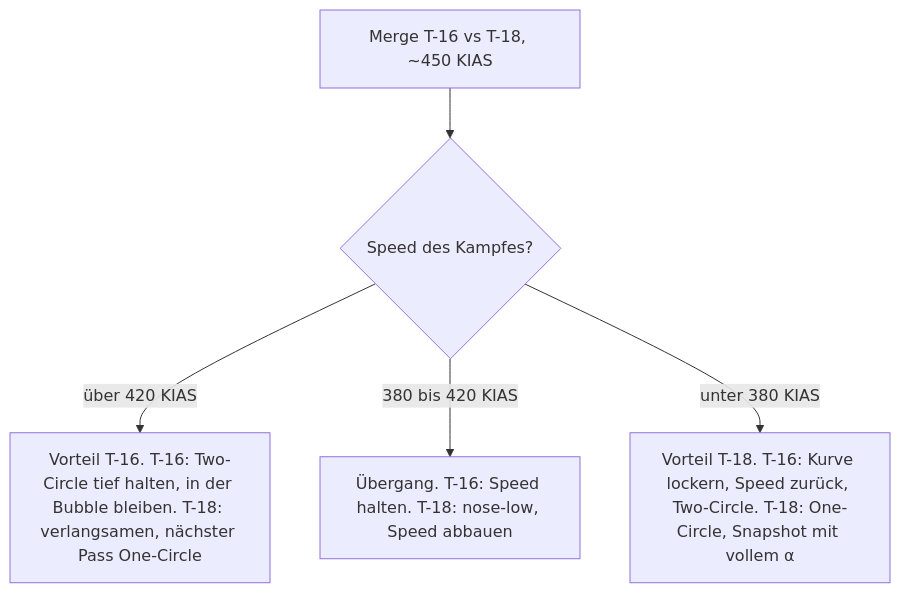
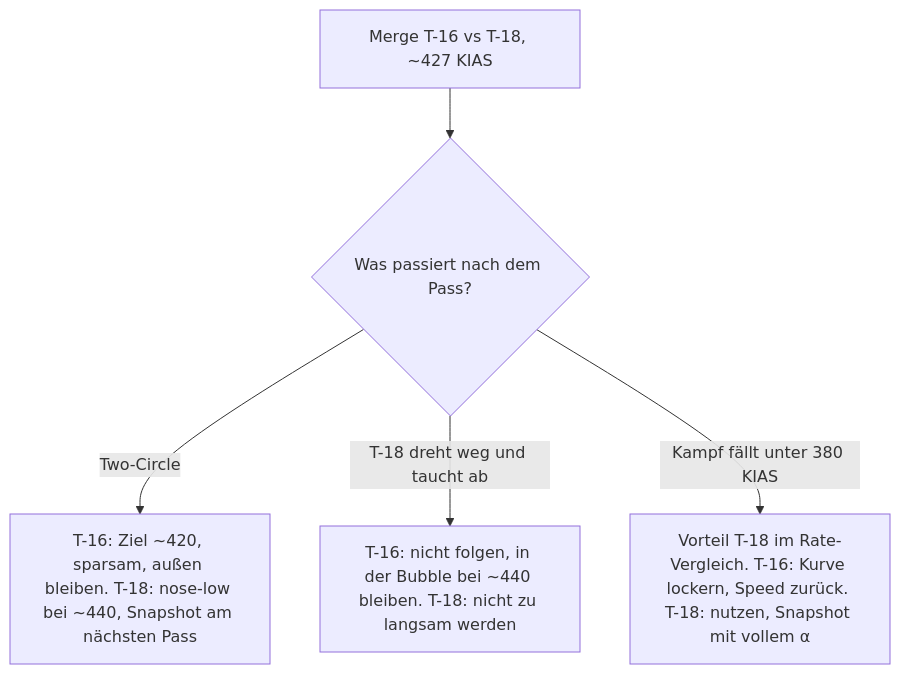
Before and after one commit to lukaio3D/VFM_Wiki: the diagram in docs/flugzeuge/matchups/t16-vs-t18.md, drawn with Mermaid. The commit also changed other lines of this file and 40 other files, not shown here.

First line of the commit message:
docs: Wiki mit Spieldaten, Replays und neuer Simulation überarbeitet

````diff
--- a/docs/flugzeuge/matchups/t16-vs-t18.md
+++ b/docs/flugzeuge/matchups/t16-vs-t18.md
@@ -74,7 +97,7 @@
 ```mermaid
 flowchart TD
-    A[Merge T-16 vs T-18, ~450 KIAS] --> B{Speed des Kampfes?}
-    B -->|über 420 KIAS| C[Vorteil T-16. T-16: Two-Circle tief halten, in der Bubble bleiben. T-18: verlangsamen, nächster Pass One-Circle]
-    B -->|380 bis 420 KIAS| D[Übergang. T-16: Speed halten. T-18: nose-low, Speed abbauen]
-    B -->|unter 380 KIAS| E[Vorteil T-18. T-16: Kurve lockern, Speed zurück, Two-Circle. T-18: One-Circle, Snapshot mit vollem α]
+    A[Merge T-16 vs T-18, ~427 KIAS] --> B{Was passiert nach dem Pass?}
+    B -->|Two-Circle| C[T-16: Ziel ~420, sparsam, außen bleiben. T-18: nose-low bei ~440, Snapshot am nächsten Pass]
+    B -->|T-18 dreht weg und taucht ab| D[T-16: nicht folgen, in der Bubble bei ~440 bleiben. T-18: nicht zu langsam werden]
+    B -->|Kampf fällt unter 380 KIAS| E[Vorteil T-18 im Rate-Vergleich. T-16: Kurve lockern, Speed zurück. T-18: nutzen, Snapshot mit vollem α]
 ```
````
